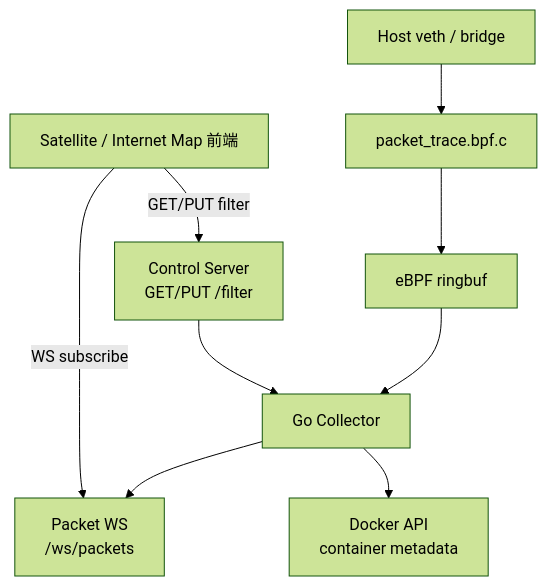
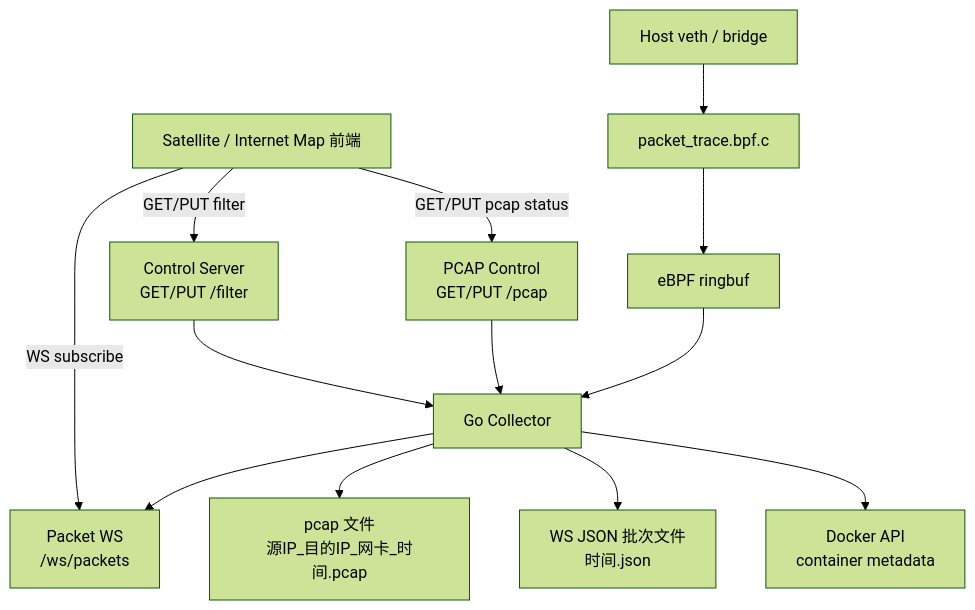
One commit to cy-gitlab/seed-visualization changed the second of 2 diagrams in docs/traffic-observer-service.md. Above: the diagram before and after it, drawn with Mermaid (forest theme). The commit also changed other lines of this file and 102 other files, not shown here.

````diff
--- a/docs/traffic-observer-service.md
+++ b/docs/traffic-observer-service.md
@@ -15,21 +63,28 @@
 ```mermaid
 %%{init: {"flowchart": {"useMaxWidth": true, "htmlLabels": true}} }%%
 flowchart TB
   UI["Satellite / Internet Map 前端"]
   Control["Control Server<br/>GET/PUT /filter"]
+  PcapControl["PCAP Control<br/>GET/PUT /pcap"]
   WS["Packet WS<br/>/ws/packets"]
   Collector["Go Collector"]
   Ringbuf["eBPF ringbuf"]
   BPF["packet_trace.bpf.c"]
   HostNet["Host veth / bridge"]
   DockerAPI["Docker API<br/>container metadata"]
+  PcapFile["pcap 文件<br/>源IP_目的IP_网卡_时间.pcap"]
+  JsonFile["WS JSON 批次文件<br/>时间.json"]
 
   UI -->|"GET/PUT filter"| Control
+  UI -->|"GET/PUT pcap status"| PcapControl
   UI -->|"WS subscribe"| WS
   Control --> Collector
+  PcapControl --> Collector
   Collector --> WS
+  Collector --> PcapFile
+  Collector --> JsonFile
   BPF --> Ringbuf
   Ringbuf --> Collector
   Collector --> DockerAPI
   HostNet --> BPF
 ```
````
